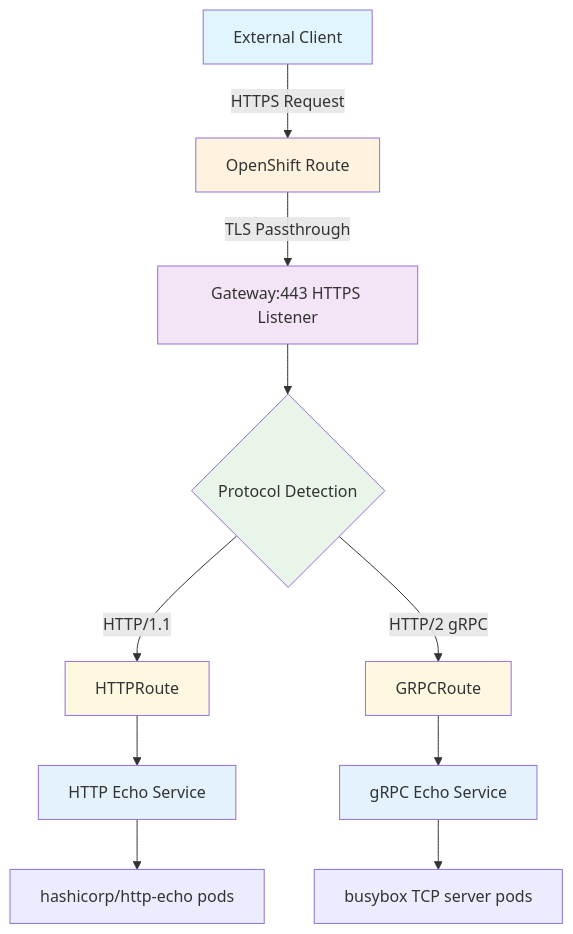
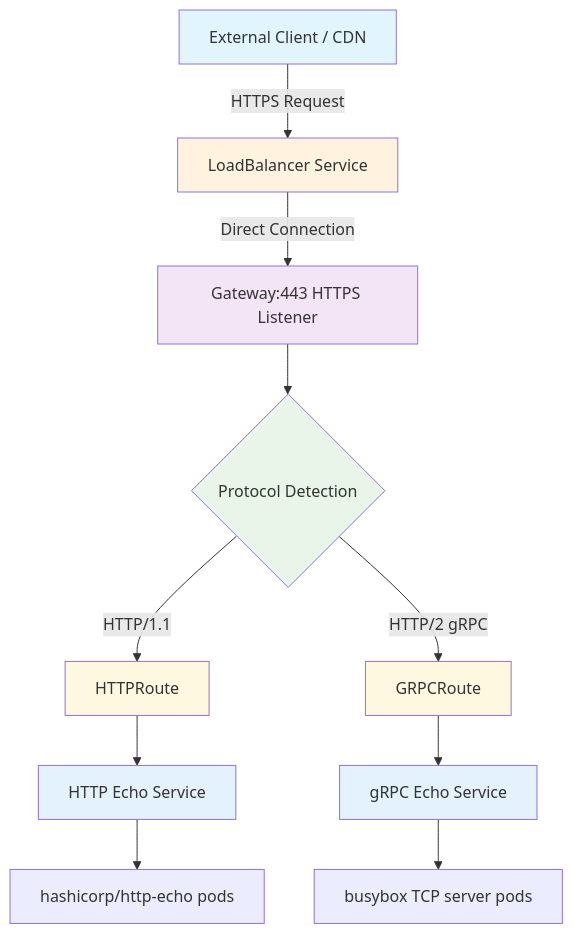
The first of 3 diagrams in ARCHITECTURE.md (coderbydesign/openshift-gateway-api-tutorial), drawn with Mermaid before and after one commit. The commit also changed other lines of this file and 12 other files, not shown here.

````diff
--- a/ARCHITECTURE.md
+++ b/ARCHITECTURE.md
@@ -9,24 +9,24 @@
 ```mermaid
 graph TD
-    A[External Client] -->|HTTPS Request| B[OpenShift Route]
-    B -->|TLS Passthrough| C[Gateway:443 HTTPS Listener]
+    A[External Client / CDN] -->|HTTPS Request| B[LoadBalancer Service]
+    B -->|Direct Connection| C[Gateway:443 HTTPS Listener]
 
     C --> D{Protocol Detection}
     D -->|HTTP/1.1| E[HTTPRoute]
     D -->|HTTP/2 gRPC| F[GRPCRoute]
 
     E --> G[HTTP Echo Service]
     F --> H[gRPC Echo Service]
 
     G --> I[hashicorp/http-echo pods]
     H --> J[busybox TCP server pods]
 
     style A fill:#e1f5fe
     style B fill:#fff3e0
     style C fill:#f3e5f5
     style D fill:#e8f5e8
     style E fill:#fff8e1
     style F fill:#fff8e1
     style G fill:#e3f2fd
     style H fill:#e3f2fd
 ```
````
